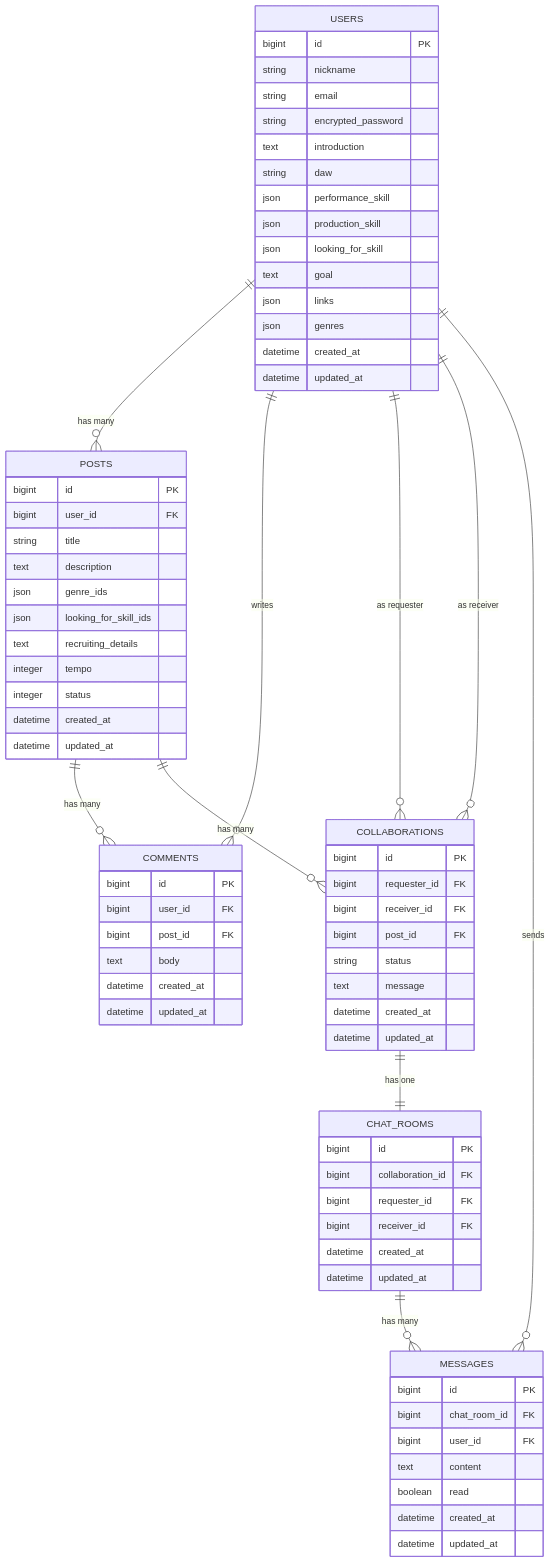
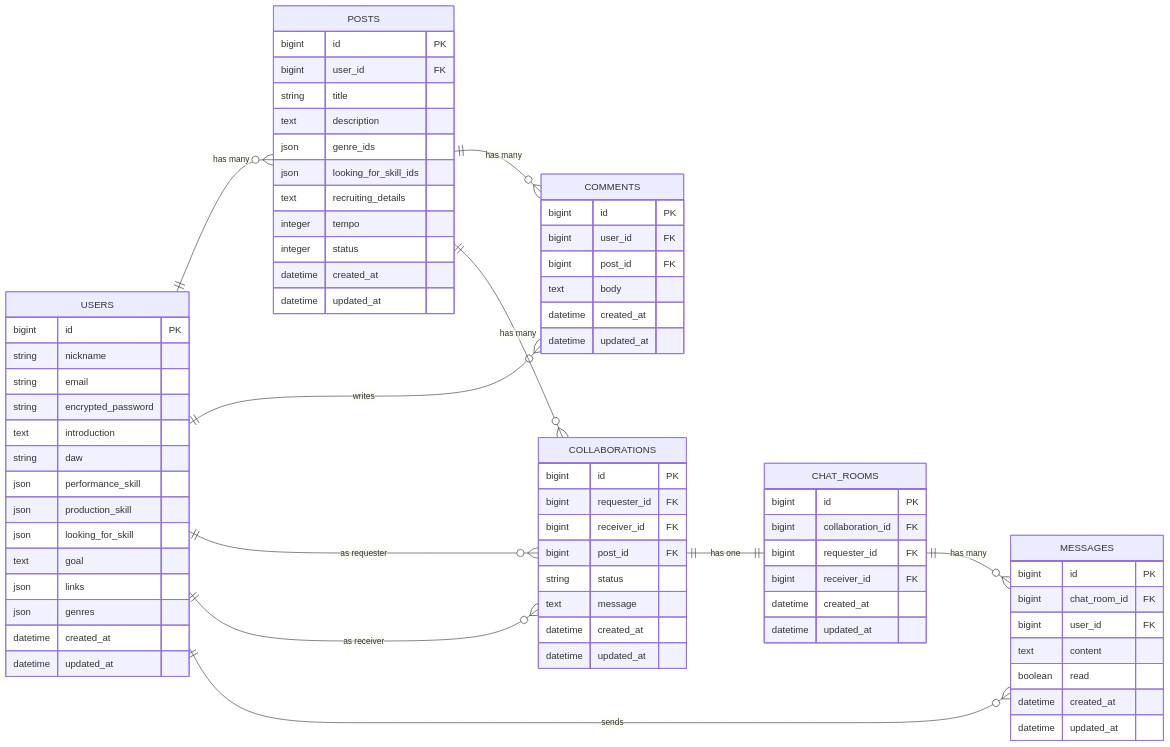
One commit to kaito8958/collab_tune changed the first of 2 diagrams in README.md. Above: the diagram before and after it, drawn with Mermaid. The commit also changed other lines of this file and 3 other files, not shown here.

````diff
--- a/README.md
+++ b/README.md
@@ -117,5 +134,7 @@
 ```mermaid
 erDiagram
+  %% 横方向に展開
+  direction LR
 
   USERS {
     bigint id PK
@@ -198,4 +217,5 @@
   CHAT_ROOMS ||--o{ MESSAGES : "has many"
 
 
+
 ```
````
